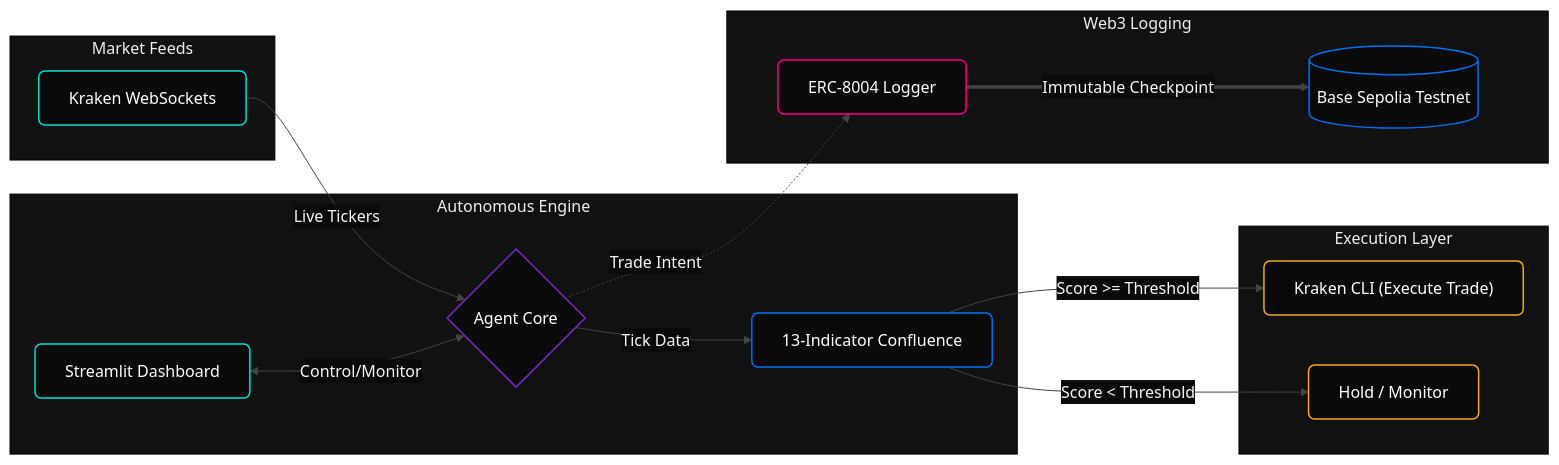
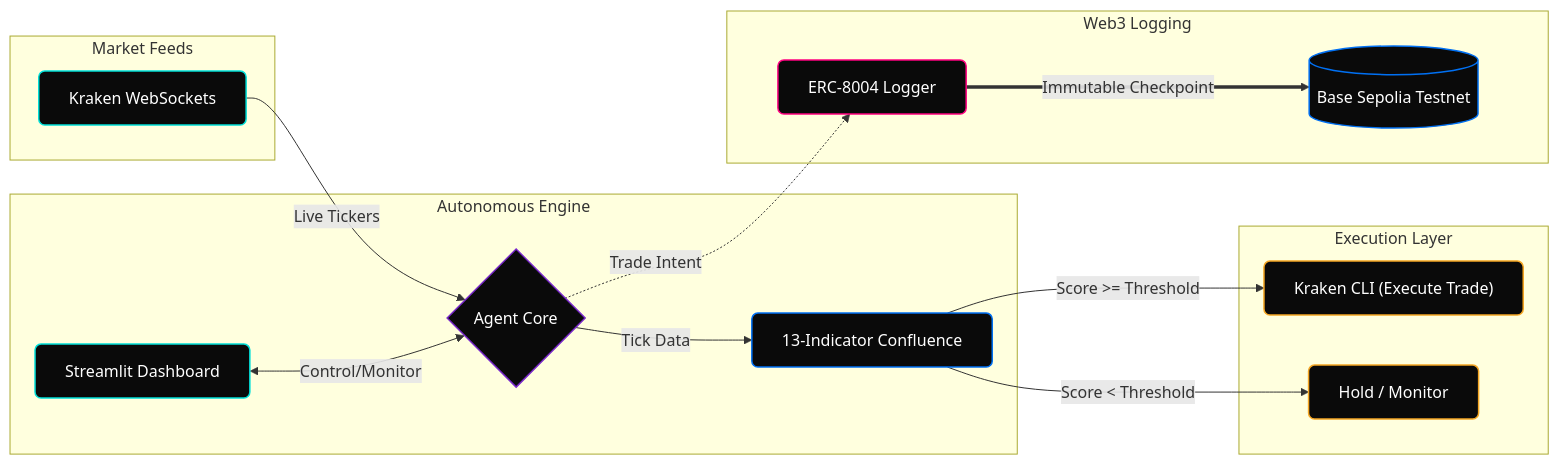
One commit to shashankrpatil077-ctrl/Street_07 changed the diagram in README.md. Above: the diagram before and after it, drawn with Mermaid.

Commit message:
fix: Remove invalid mermaid init blocks breaking GitHub rendering

````diff
--- a/README.md
+++ b/README.md
@@ -54,53 +54,42 @@
 ```mermaid
-%%{init: {
-  'theme': 'base',
-  'themeVariables': {
-    'primaryColor': '#000000',
-    'primaryTextColor': '#F8F8F2',
-    'primaryBorderColor': '#333333',
-    'lineColor': '#444444',
-    'secondaryColor': '#0A0A0A',
-    'tertiaryColor': '#111111'
-  }
-}}%%
 graph LR
     classDef data fill:#0A0A0A,stroke:#00DFD8,stroke-width:1.5px,color:#FFFFFF,rx:6,ry:6
     classDef brain fill:#0A0A0A,stroke:#7928CA,stroke-width:1.5px,color:#FFFFFF,rx:6,ry:6
     classDef logic fill:#0A0A0A,stroke:#0070F3,stroke-width:1.5px,color:#FFFFFF,rx:6,ry:6
     classDef action fill:#0A0A0A,stroke:#F5A623,stroke-width:1.5px,color:#FFFFFF,rx:6,ry:6
     classDef onchain fill:#0A0A0A,stroke:#FF0080,stroke-width:1.5px,color:#FFFFFF,rx:6,ry:6
     classDef db fill:#0A0A0A,stroke:#0070F3,stroke-width:1.5px,color:#FFFFFF
 
     subgraph Inputs["Market Feeds"]
         A["Kraken WebSockets"]:::data
     end
     
     subgraph Core["Autonomous Engine"]
         B{"Agent Core"}:::brain
         C["13-Indicator Confluence"]:::logic
         H["Streamlit Dashboard"]:::data
     end
     
     subgraph Execution["Execution Layer"]
         D["Kraken CLI (Execute Trade)"]:::action
         E["Hold / Monitor"]:::action
     end
     
     subgraph Blockchain["Web3 Logging"]
         F["ERC-8004 Logger"]:::onchain
         G[("Base Sepolia Testnet")]:::db
     end
 
     %% Flow
     A -->|Live Tickers| B
     H <-->|Control/Monitor| B
     B -->|Tick Data| C
     
     %% Logic branching
     C -->|Score >= Threshold| D
     C -->|Score < Threshold| E
     
     %% Blockchain logging
     B -.->|Trade Intent| F
     F ==>|Immutable Checkpoint| G
 ```
````
